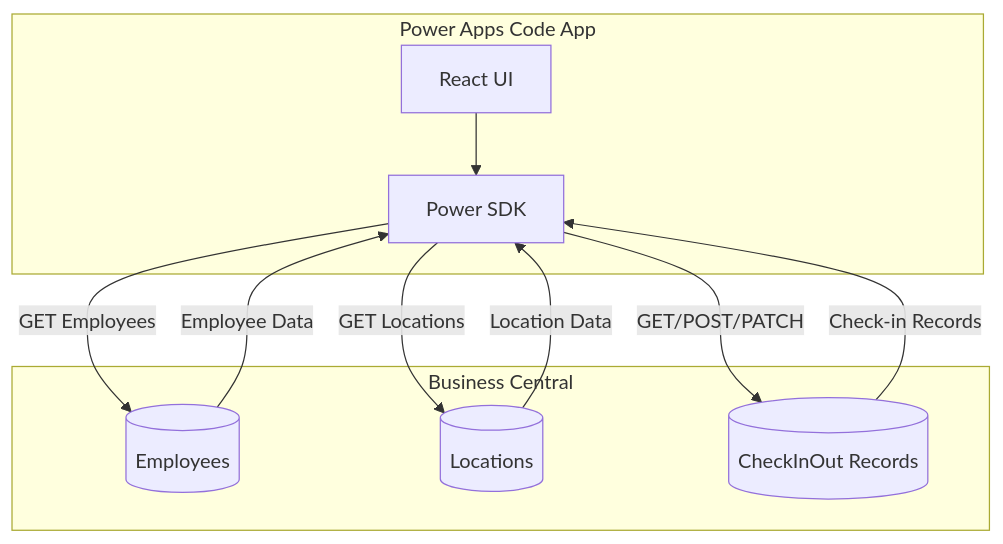
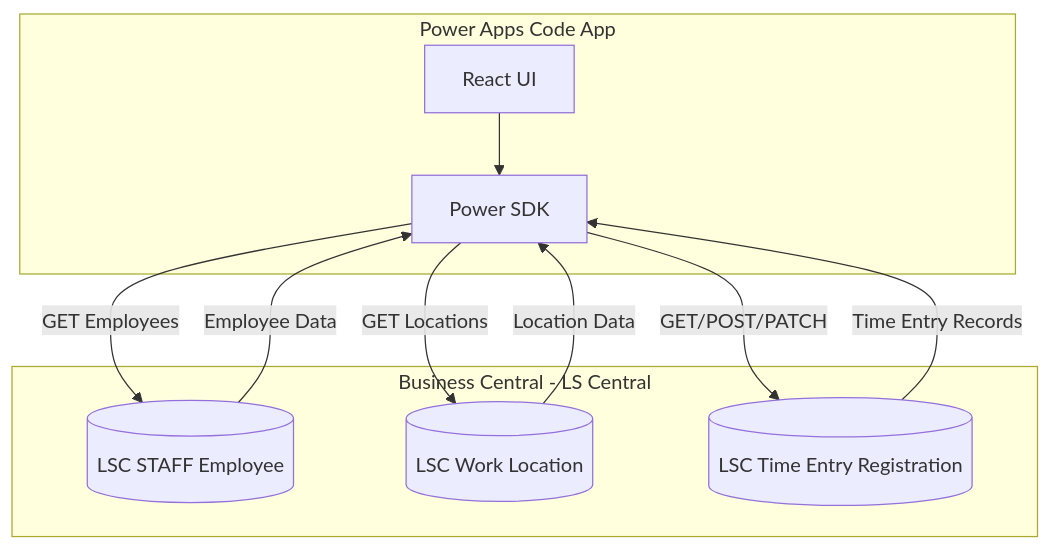
Before and after one commit to avazquezuk/PowerAppCheckInDemo: the second of 4 diagrams in CheckInOut/Database_Schema.md, drawn with Mermaid. The commit also changed other lines of this file and 1 other file, not shown here.

Commit message:
feat: Update database schema documentation for LS Central Staff Management module, including detailed table specifications and relationships

````diff
--- a/CheckInOut/Database_Schema.md
+++ b/CheckInOut/Database_Schema.md
@@ -46,22 +69,22 @@
 ```mermaid
 flowchart TD
     subgraph PowerApp["Power Apps Code App"]
         UI[React UI]
         SDK[Power SDK]
     end
 
-    subgraph BusinessCentral["Business Central"]
-        EMP[(Employees)]
-        LOC[(Locations)]
-        CIO[(CheckInOut Records)]
+    subgraph BusinessCentral["Business Central - LS Central"]
+        EMP[(LSC STAFF Employee)]
+        LOC[(LSC Work Location)]
+        TER[(LSC Time Entry Registration)]
     end
 
     UI --> SDK
     SDK -->|"GET Employees"| EMP
     SDK -->|"GET Locations"| LOC
-    SDK -->|"GET/POST/PATCH"| CIO
+    SDK -->|"GET/POST/PATCH"| TER
 
     EMP -->|"Employee Data"| SDK
     LOC -->|"Location Data"| SDK
-    CIO -->|"Check-in Records"| SDK
+    TER -->|"Time Entry Records"| SDK
 ```
````
